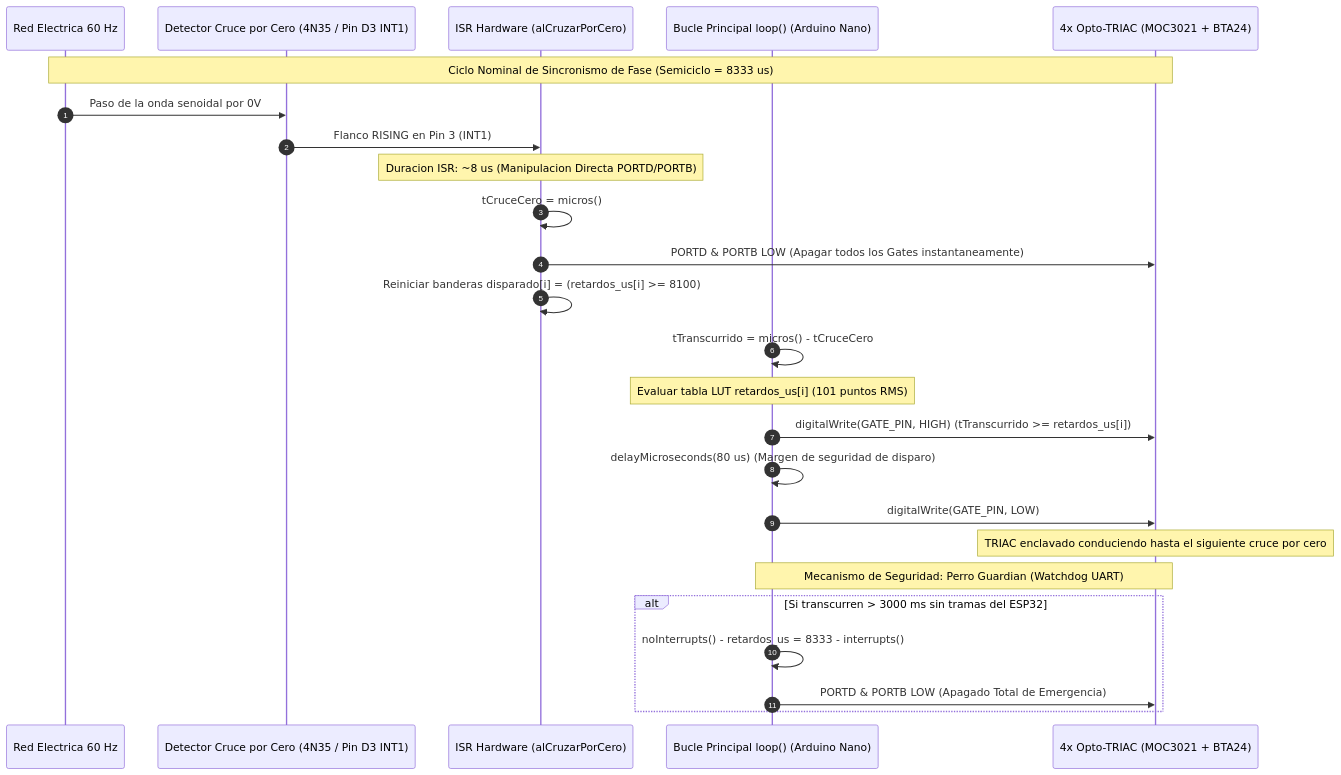
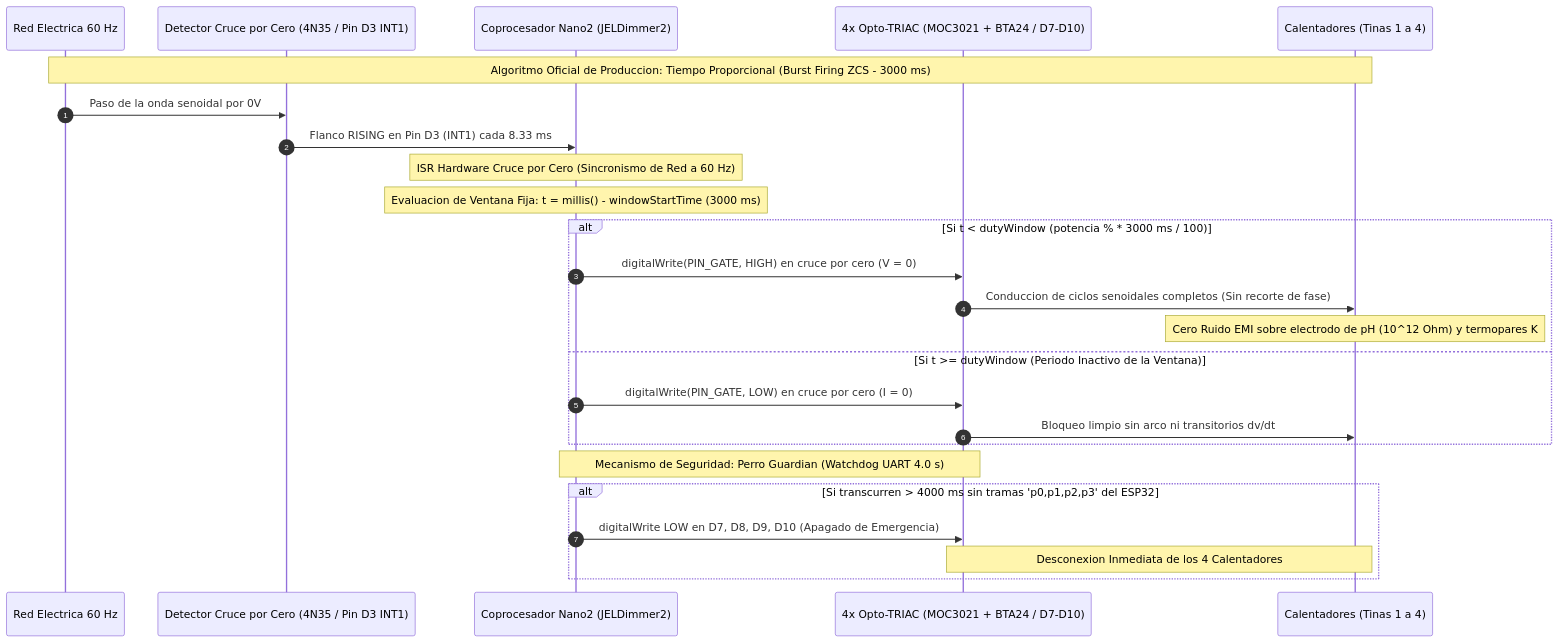
Before and after one commit to Chavacastro98/Proyecto: the diagram in visualizacion/diagramas/rtos/fuentes/09_control_triacs_ac60hz.mmd, drawn with Mermaid. The commit also changed 20 other files, not shown here.

Commit message:
feat(docs): integrar diagrama distribuido en cascada, capturas de UI en README y actualizar diagramas tecnicos RTOS 2.0

```diff
--- a/visualizacion/diagramas/rtos/fuentes/09_control_triacs_ac60hz.mmd
+++ b/visualizacion/diagramas/rtos/fuentes/09_control_triacs_ac60hz.mmd
@@ -1,28 +1,28 @@
 sequenceDiagram
     autonumber
     participant RedAC as Red Electrica 60 Hz
     participant Opto4N35 as Detector Cruce por Cero (4N35 / Pin D3 INT1)
-    participant ISR as ISR Hardware (alCruzarPorCero)
-    participant MainLoop as Bucle Principal loop() (Arduino Nano)
-    participant TRIAC as 4x Opto-TRIAC (MOC3021 + BTA24)
+    participant Nano2 as Coprocesador Nano2 (JELDimmer2)
+    participant TRIAC as 4x Opto-TRIAC (MOC3021 + BTA24 / D7-D10)
+    participant Cargas as Calentadores (Tinas 1 a 4)
 
-    Note over RedAC,TRIAC: Ciclo Nominal de Sincronismo de Fase (Semiciclo = 8333 us)
+    Note over RedAC,Cargas: Algoritmo Oficial de Produccion: Tiempo Proporcional (Burst Firing ZCS - 3000 ms)
     RedAC->>Opto4N35: Paso de la onda senoidal por 0V
-    Opto4N35->>ISR: Flanco RISING en Pin 3 (INT1)
-    Note over ISR: Duracion ISR: ~8 us (Manipulacion Directa PORTD/PORTB)
-    ISR->>ISR: tCruceCero = micros()
-    ISR->>TRIAC: PORTD & PORTB LOW (Apagar todos los Gates instantaneamente)
-    ISR->>ISR: Reiniciar banderas disparado[i] = (retardos_us[i] >= 8100)
+    Opto4N35->>Nano2: Flanco RISING en Pin D3 (INT1) cada 8.33 ms
+    Note over Nano2: ISR Hardware Cruce por Cero (Sincronismo de Red a 60 Hz)
 
-    MainLoop->>MainLoop: tTranscurrido = micros() - tCruceCero
-    Note over MainLoop: Evaluar tabla LUT retardos_us[i] (101 puntos RMS)
-    MainLoop->>TRIAC: digitalWrite(GATE_PIN, HIGH) (tTranscurrido >= retardos_us[i])
-    MainLoop->>MainLoop: delayMicroseconds(80 us) (Margen de seguridad de disparo)
-    MainLoop->>TRIAC: digitalWrite(GATE_PIN, LOW)
-    Note over TRIAC: TRIAC enclavado conduciendo hasta el siguiente cruce por cero
+    Note over Nano2: Evaluacion de Ventana Fija: t = millis() - windowStartTime (3000 ms)
+    alt Si t < dutyWindow (potencia % * 3000 ms / 100)
+        Nano2->>TRIAC: digitalWrite(PIN_GATE, HIGH) en cruce por cero (V = 0)
+        TRIAC->>Cargas: Conduccion de ciclos senoidales completos (Sin recorte de fase)
+        Note over Cargas: Cero Ruido EMI sobre electrodo de pH (10^12 Ohm) y termopares K
+    else Si t >= dutyWindow (Periodo Inactivo de la Ventana)
+        Nano2->>TRIAC: digitalWrite(PIN_GATE, LOW) en cruce por cero (I = 0)
+        TRIAC->>Cargas: Bloqueo limpio sin arco ni transitorios dv/dt
+    end
 
-    Note over MainLoop,TRIAC: Mecanismo de Seguridad: Perro Guardian (Watchdog UART)
-    alt Si transcurren > 3000 ms sin tramas del ESP32
-        MainLoop->>MainLoop: noInterrupts() - retardos_us = 8333 - interrupts()
-        MainLoop->>TRIAC: PORTD & PORTB LOW (Apagado Total de Emergencia)
+    Note over Nano2,TRIAC: Mecanismo de Seguridad: Perro Guardian (Watchdog UART 4.0 s)
+    alt Si transcurren > 4000 ms sin tramas 'p0,p1,p2,p3' del ESP32
+        Nano2->>TRIAC: digitalWrite LOW en D7, D8, D9, D10 (Apagado de Emergencia)
+        Note over TRIAC,Cargas: Desconexion Inmediata de los 4 Calentadores
     end
```
